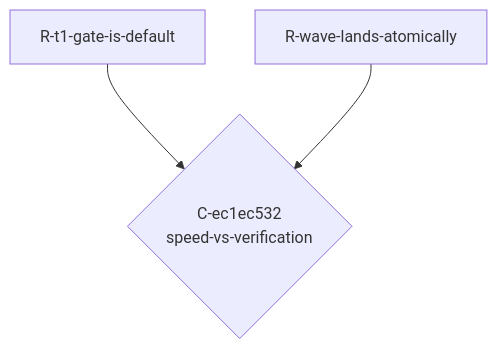
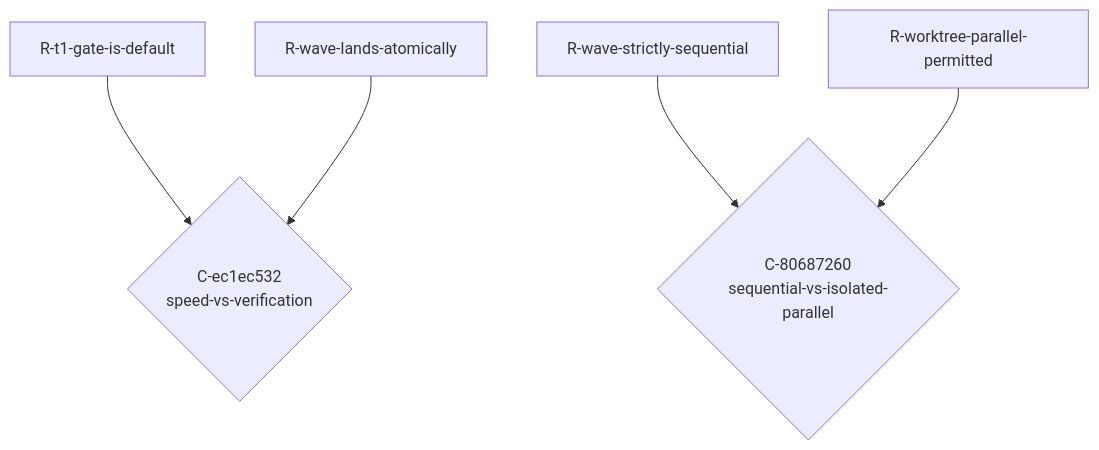
One commit to PHPCraftdream/HotamSpec changed the diagram in domains/hotam-dev/docs/gen/TENSIONS.md. Above: the diagram before and after it, drawn with Mermaid. The commit also changed other lines of this file and 19 other files, not shown here.

````diff
--- a/domains/hotam-dev/docs/gen/TENSIONS.md
+++ b/domains/hotam-dev/docs/gen/TENSIONS.md
@@ -24,8 +34,13 @@
 ```mermaid
 graph TD
     R_t1_gate_is_default["R-t1-gate-is-default"]
     R_wave_lands_atomically["R-wave-lands-atomically"]
+    R_wave_strictly_sequential["R-wave-strictly-sequential"]
+    R_worktree_parallel_permitted["R-worktree-parallel-permitted"]
     C_ec1ec532{"C-ec1ec532\nspeed-vs-verification"}
     R_t1_gate_is_default --> C_ec1ec532
     R_wave_lands_atomically --> C_ec1ec532
+    C_80687260{"C-80687260\nsequential-vs-isolated-parallel"}
+    R_wave_strictly_sequential --> C_80687260
+    R_worktree_parallel_permitted --> C_80687260
 ```
````
